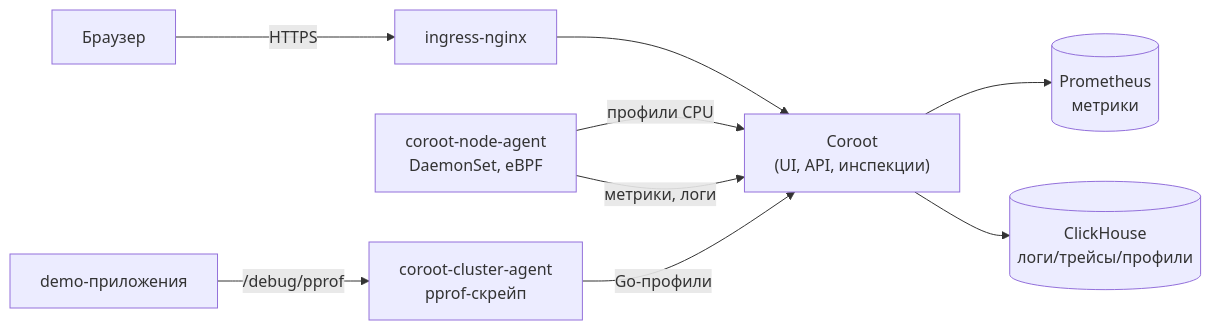
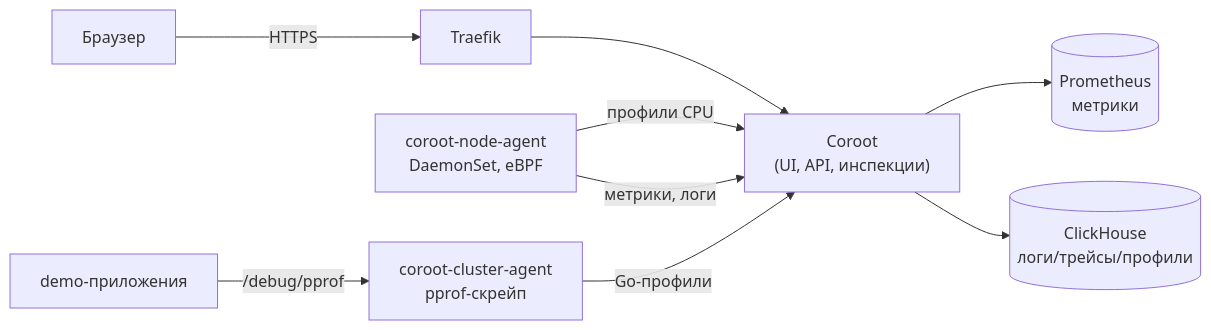
Before and after one commit to patsevanton/coroot-kubernetes-observability: the diagram in README.md, drawn with Mermaid. The commit also changed other lines of this file and 4 other files, not shown here.

Commit message:
замена ingress-nginx на Traefik

````diff
--- a/README.md
+++ b/README.md
@@ -69,14 +69,14 @@
 ```mermaid
 flowchart LR
-    Browser["Браузер"] -->|HTTPS| Ingress["ingress-nginx"]
+    Browser["Браузер"] -->|HTTPS| Ingress["Traefik"]
     Ingress --> Coroot["Coroot<br/>(UI, API, инспекции)"]
 
     Coroot --> PG[(Prometheus<br/>метрики)]
     Coroot --> CH[(ClickHouse<br/>логи/трейсы/профили)]
 
     NodeAgent["coroot-node-agent<br/>DaemonSet, eBPF"] -->|профили CPU| Coroot
     NodeAgent -->|метрики, логи| Coroot
     ClusterAgent["coroot-cluster-agent<br/>pprof-скрейп"] -->|Go-профили| Coroot
 
     App["demo-приложения"] -->|/debug/pprof| ClusterAgent
 ```
````
